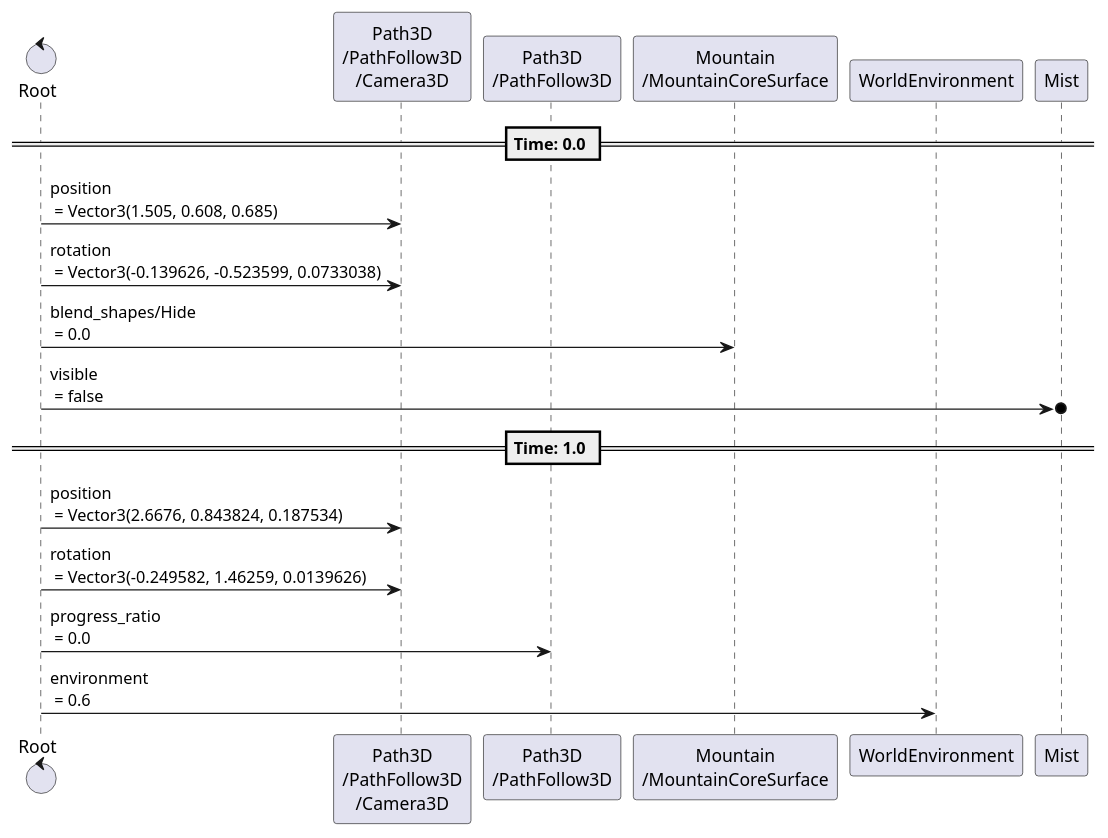
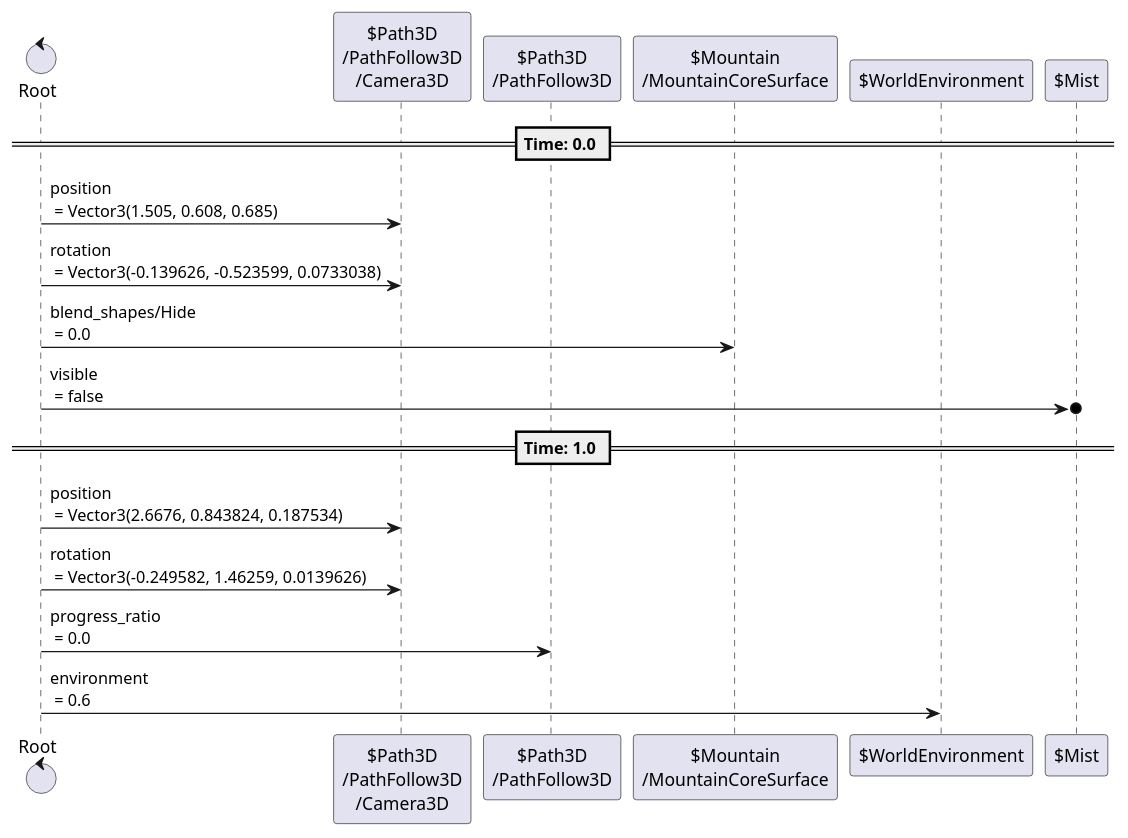
One commit to tkmfujise/Platformer-Game-Learning changed diagram 11 of 23 in content/scenes/src/world/world.tscn.adoc. Above: the diagram before and after it, drawn with PlantUML. The commit also changed other lines of this file and 31 other files, not shown here.

Commit message:
Add prefix $ to node name in animation sequences

```diff
--- a/content/scenes/src/world/world.tscn.adoc
+++ b/content/scenes/src/world/world.tscn.adoc
@@ -362,24 +362,24 @@
 [plantuml]
 ....
-control "Root" as Root
-participant "Path3D\n/PathFollow3D\n/Camera3D" as T0
-participant "Path3D\n/PathFollow3D" as T2
-participant "Mountain\n/MountainCoreSurface" as T3
-participant "WorldEnvironment" as T4
-participant "Mist" as T5
+control "Root" as R
+participant "$Path3D\n/PathFollow3D\n/Camera3D" as T0
+participant "$Path3D\n/PathFollow3D" as T2
+participant "$Mountain\n/MountainCoreSurface" as T3
+participant "$WorldEnvironment" as T4
+participant "$Mist" as T5
 
 
 
 == Time: 0.0 ==
-Root  ->  T0 : position\n = Vector3(1.505, 0.608, 0.685)
-Root  ->  T0 : rotation\n = Vector3(-0.139626, -0.523599, 0.0733038)
-Root  ->  T3 : blend_shapes/Hide\n = 0.0
-Root  ->o  T5 : visible\n = false
+R  ->  T0 : position\n = Vector3(1.505, 0.608, 0.685)
+R  ->  T0 : rotation\n = Vector3(-0.139626, -0.523599, 0.0733038)
+R  ->  T3 : blend_shapes/Hide\n = 0.0
+R  ->o  T5 : visible\n = false
 == Time: 1.0 ==
-Root  ->  T0 : position\n = Vector3(2.6676, 0.843824, 0.187534)
-Root  ->  T0 : rotation\n = Vector3(-0.249582, 1.46259, 0.0139626)
-Root  ->  T2 : progress_ratio\n = 0.0
-Root  ->  T4 : environment\n = 0.6
+R  ->  T0 : position\n = Vector3(2.6676, 0.843824, 0.187534)
+R  ->  T0 : rotation\n = Vector3(-0.249582, 1.46259, 0.0139626)
+R  ->  T2 : progress_ratio\n = 0.0
+R  ->  T4 : environment\n = 0.6
 
 
 ....
```
